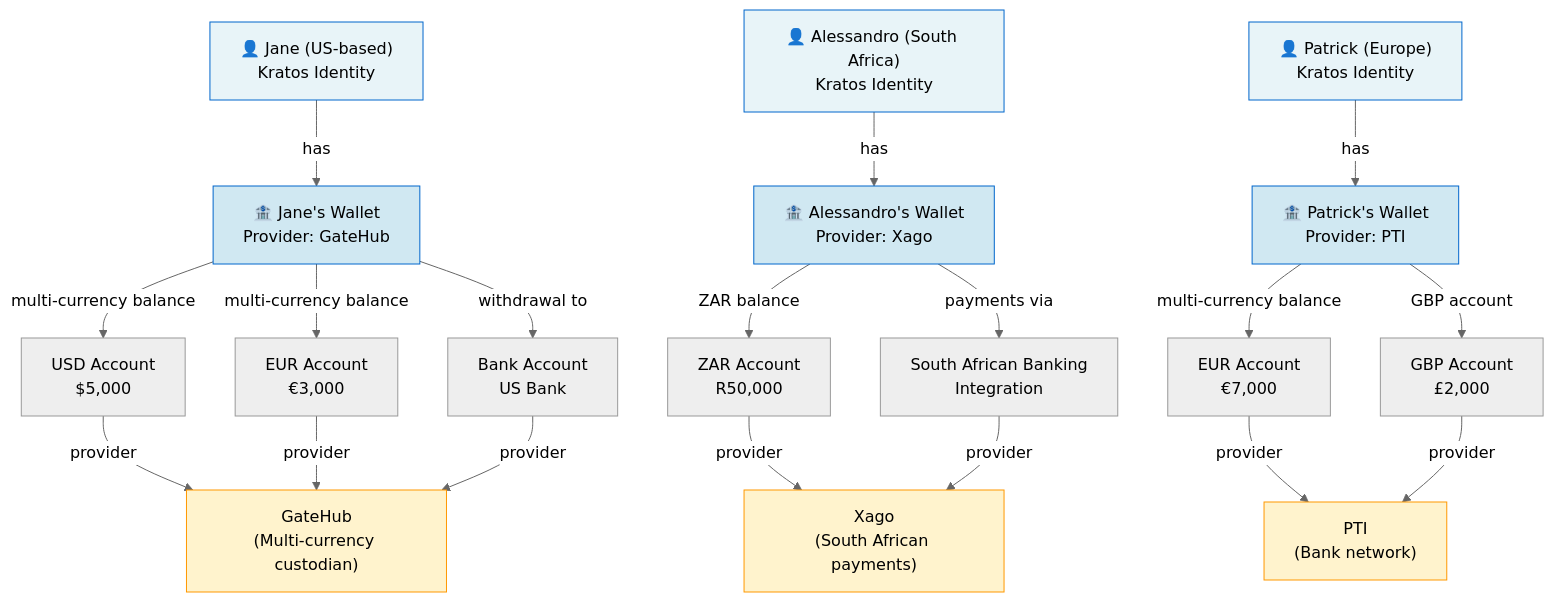
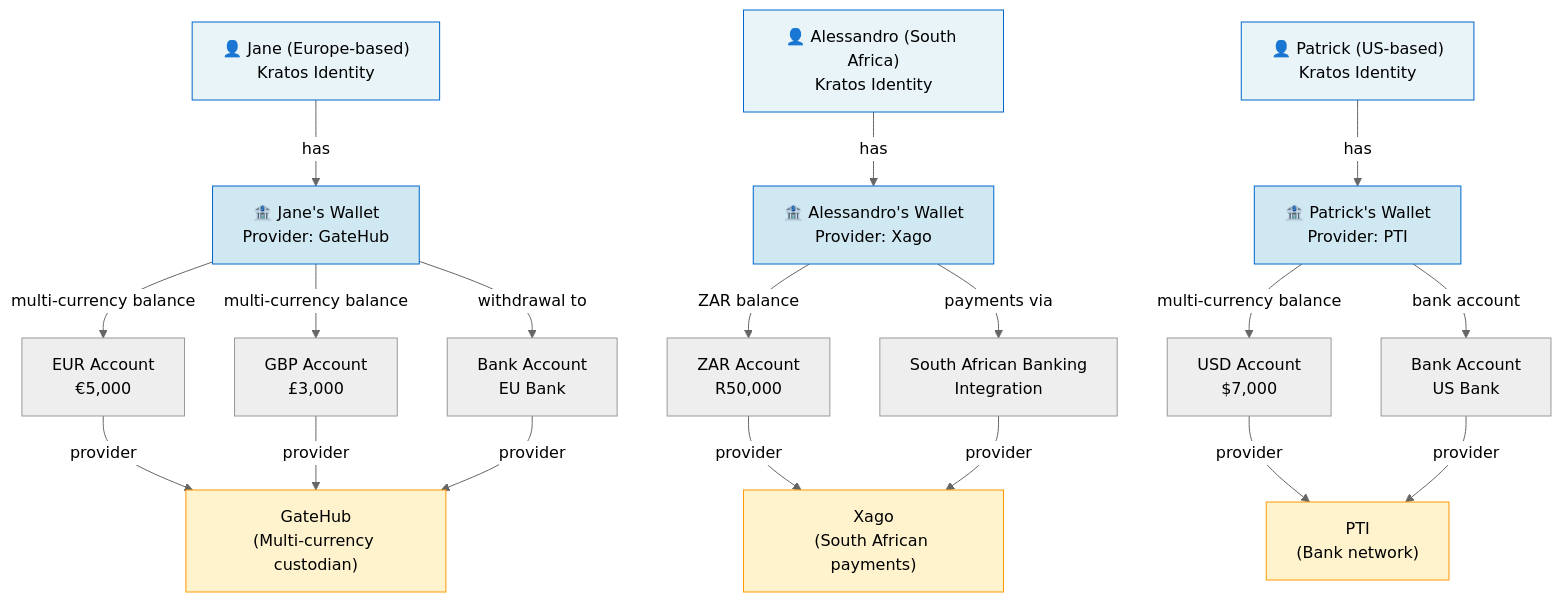
One commit to interledger/interledger-app changed the first of 7 diagrams in documentation/docs/payments-guide.md. Above: the diagram before and after it, drawn with Mermaid (neutral theme). The commit also changed other lines of this file and 2 other files, not shown here.

Commit message:
docs: fixed instances where gatehub and PTI was swapped around

````diff
--- a/documentation/docs/payments-guide.md
+++ b/documentation/docs/payments-guide.md
@@ -53,39 +53,39 @@
 ```mermaid
 graph TD
-    JaneUser["👤 Jane (US-based)<br/>Kratos Identity"]
+    JaneUser["👤 Jane (Europe-based)<br/>Kratos Identity"]
     JaneWallet["🏦 Jane's Wallet<br/>Provider: GateHub"]
     
     AlessandroUser["👤 Alessandro (South Africa)<br/>Kratos Identity"]
     AlessandroWallet["🏦 Alessandro's Wallet<br/>Provider: Xago"]
     
-    PatrickUser["👤 Patrick (Europe)<br/>Kratos Identity"]
+    PatrickUser["👤 Patrick (US-based)<br/>Kratos Identity"]
     PatrickWallet["🏦 Patrick's Wallet<br/>Provider: PTI"]
     
     JaneUser -->|has| JaneWallet
     AlessandroUser -->|has| AlessandroWallet
     PatrickUser -->|has| PatrickWallet
     
-    JaneWallet -->|multi-currency balance| LA1["USD Account<br/>$5,000"]
-    JaneWallet -->|multi-currency balance| LA2["EUR Account<br/>€3,000"]
-    JaneWallet -->|withdrawal to| LA3["Bank Account<br/>US Bank"]
+    JaneWallet -->|multi-currency balance| LA1["EUR Account<br/>€5,000"]
+    JaneWallet -->|multi-currency balance| LA2["GBP Account<br/>£3,000"]
+    JaneWallet -->|withdrawal to| LA3["Bank Account<br/>EU Bank"]
     
     AlessandroWallet -->|ZAR balance| LA4["ZAR Account<br/>R50,000"]
     AlessandroWallet -->|payments via| LA5["South African Banking<br/>Integration"]
     
-    PatrickWallet -->|multi-currency balance| LA6["EUR Account<br/>€7,000"]
-    PatrickWallet -->|GBP account| LA7["GBP Account<br/>£2,000"]
+    PatrickWallet -->|multi-currency balance| LA6["USD Account<br/>$7,000"]
+    PatrickWallet -->|bank account| LA7["Bank Account<br/>US Bank"]
     
     LA1 & LA2 & LA3 -->|provider| GH["GateHub<br/>(Multi-currency custodian)"]
     LA4 & LA5 -->|provider| XG["Xago<br/>(South African payments)"]
     LA6 & LA7 -->|provider| PTI["PTI<br/>(Bank network)"]
     
     style JaneUser fill:#e8f4f8,stroke:#0066cc,color:#000
     style JaneWallet fill:#d0e8f2,stroke:#0066cc,color:#000
     style AlessandroUser fill:#e8f4f8,stroke:#0066cc,color:#000
     style AlessandroWallet fill:#d0e8f2,stroke:#0066cc,color:#000
     style PatrickUser fill:#e8f4f8,stroke:#0066cc,color:#000
     style PatrickWallet fill:#d0e8f2,stroke:#0066cc,color:#000
     style GH fill:#fff3cd,stroke:#ff9800,color:#000
     style XG fill:#fff3cd,stroke:#ff9800,color:#000
     style PTI fill:#fff3cd,stroke:#ff9800,color:#000
 ```
````
